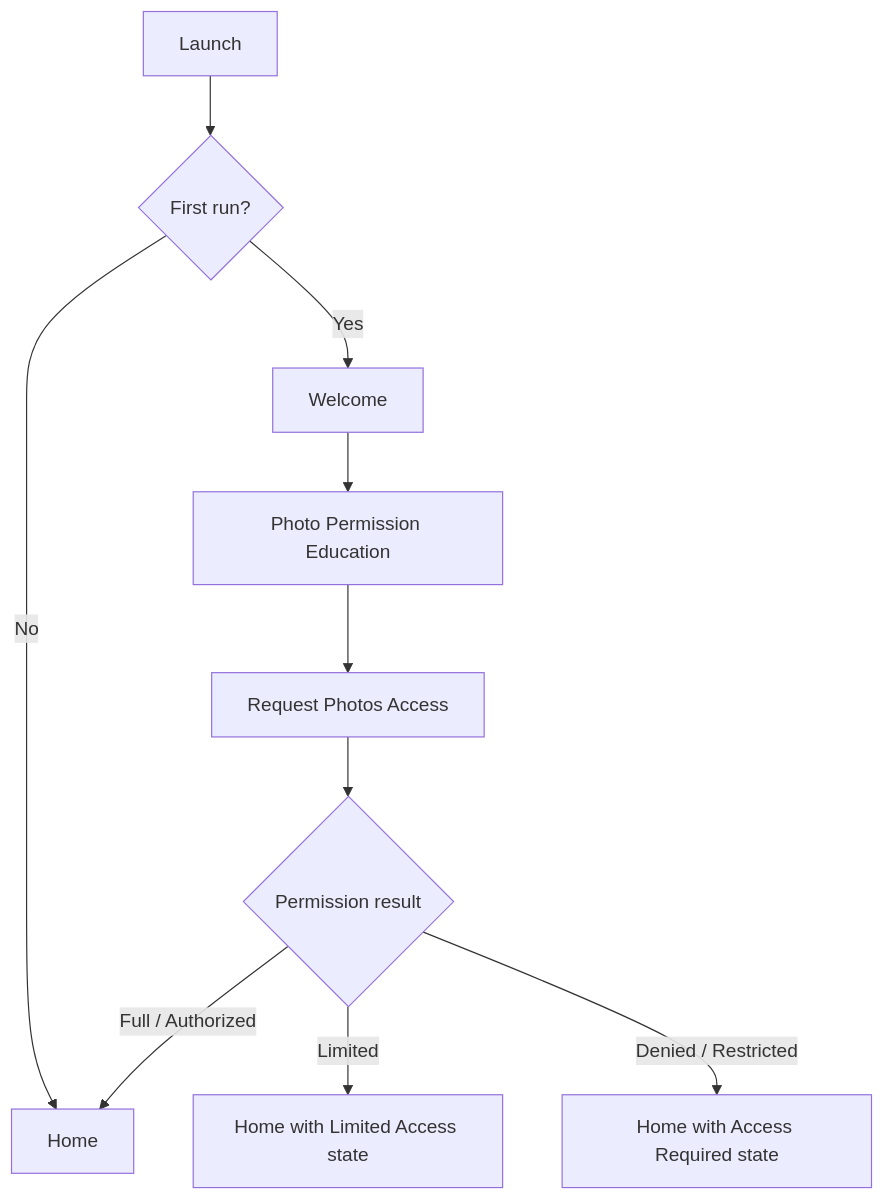
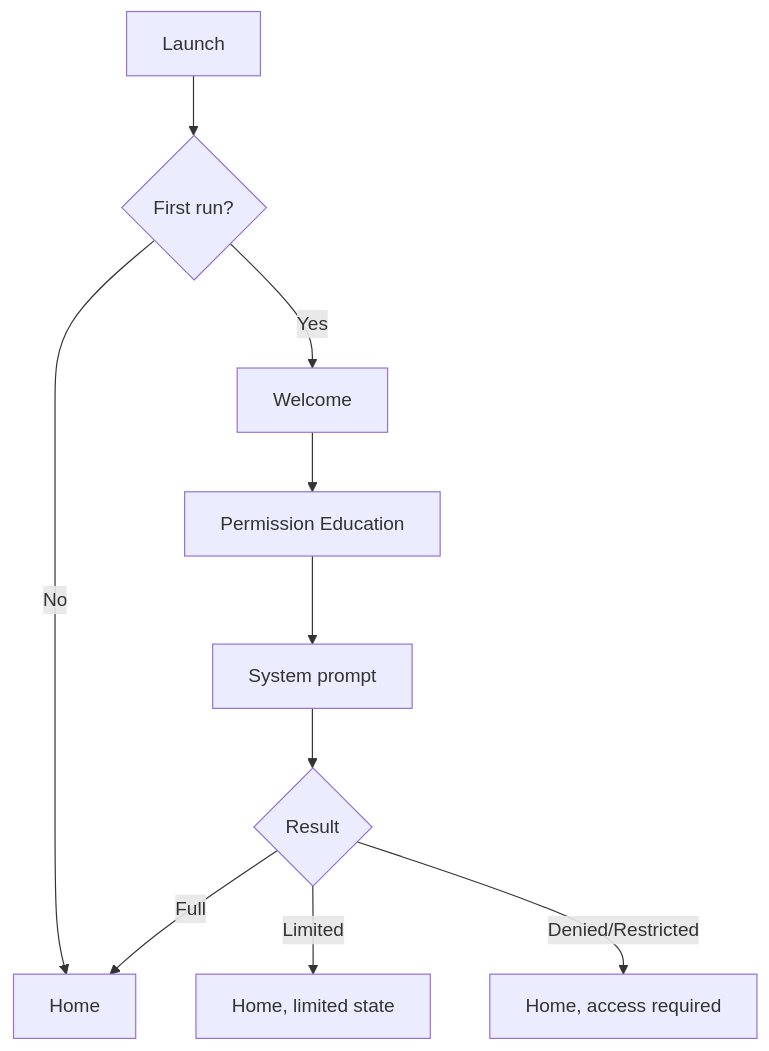
The first of 4 diagrams in docs/product/02-ux-flows.md (tungxuan1656/photo-curator), drawn with Mermaid before and after one commit. The commit also changed other lines of this file and 14 other files, not shown here.

````diff
--- a/docs/product/02-ux-flows.md
+++ b/docs/product/02-ux-flows.md
@@ -310,12 +207,12 @@
 ```mermaid
 flowchart TD
     A[Launch] --> B{First run?}
     B -- No --> H[Home]
     B -- Yes --> C[Welcome]
-    C --> D[Photo Permission Education]
-    D --> E[Request Photos Access]
-    E --> F{Permission result}
-    F -- Full / Authorized --> H
-    F -- Limited --> G[Home with Limited Access state]
-    F -- Denied / Restricted --> I[Home with Access Required state]
+    C --> D[Permission Education]
+    D --> E[System prompt]
+    E --> F{Result}
+    F -- Full --> H
+    F -- Limited --> G[Home, limited state]
+    F -- Denied/Restricted --> I[Home, access required]
 ```
````
